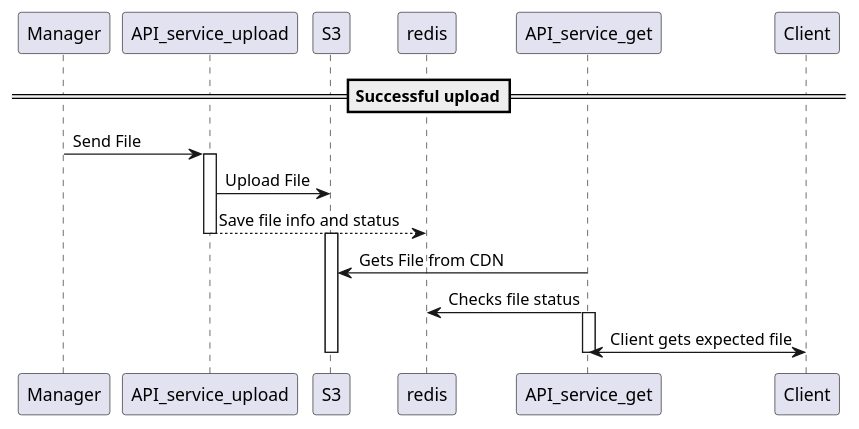
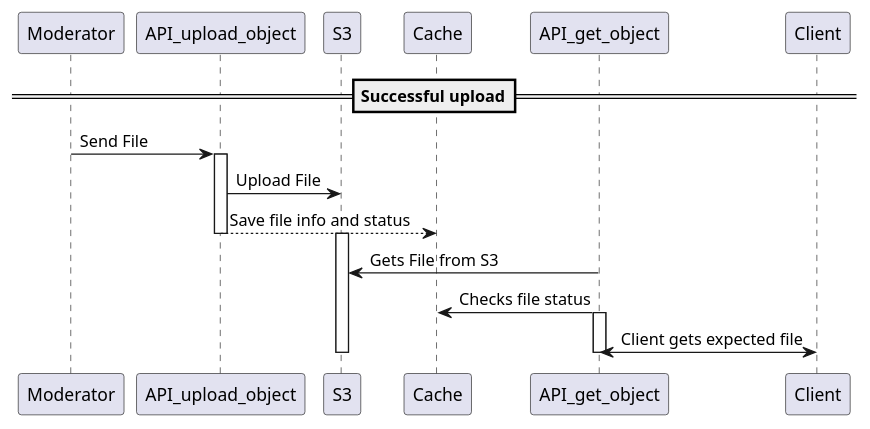
The diagram in architecture/C2_successful_upload.puml (dkarpele/graduate_work), drawn with PlantUML before and after one commit. The commit also changed 3 other files, not shown here.

Commit message:
Update Architecture

```diff
--- a/architecture/C2_successful_upload.puml
+++ b/architecture/C2_successful_upload.puml
@@ -1,21 +1,21 @@
 @startuml
 
 ==Successful upload==
 
-Manager -> API_service_upload: Send File
+Moderator -> API_upload_object: Send File
 
-activate API_service_upload
-API_service_upload -> S3: Upload File
-API_service_upload --> redis: Save file info and status
-deactivate API_service_upload
+activate API_upload_object
+API_upload_object -> S3: Upload File
+API_upload_object --> Cache: Save file info and status
+deactivate API_upload_object
 
 activate S3
 
-S3 <- API_service_get: Gets File from CDN
-redis <- API_service_get: Checks file status
-activate API_service_get
-API_service_get <-> Client: Client gets expected file
-deactivate API_service_get
+S3 <- API_get_object: Gets File from S3
+Cache <- API_get_object: Checks file status
+activate API_get_object
+API_get_object <-> Client: Client gets expected file
+deactivate API_get_object
 deactivate S3
 
 @enduml
```
